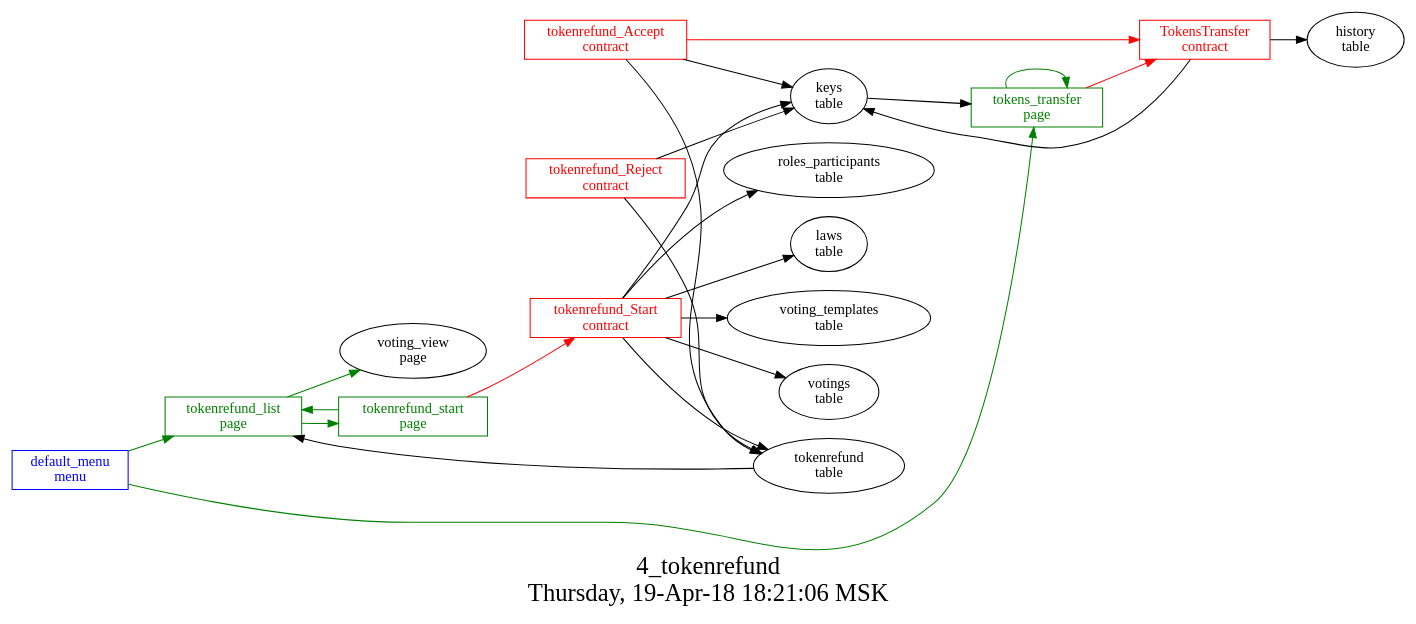
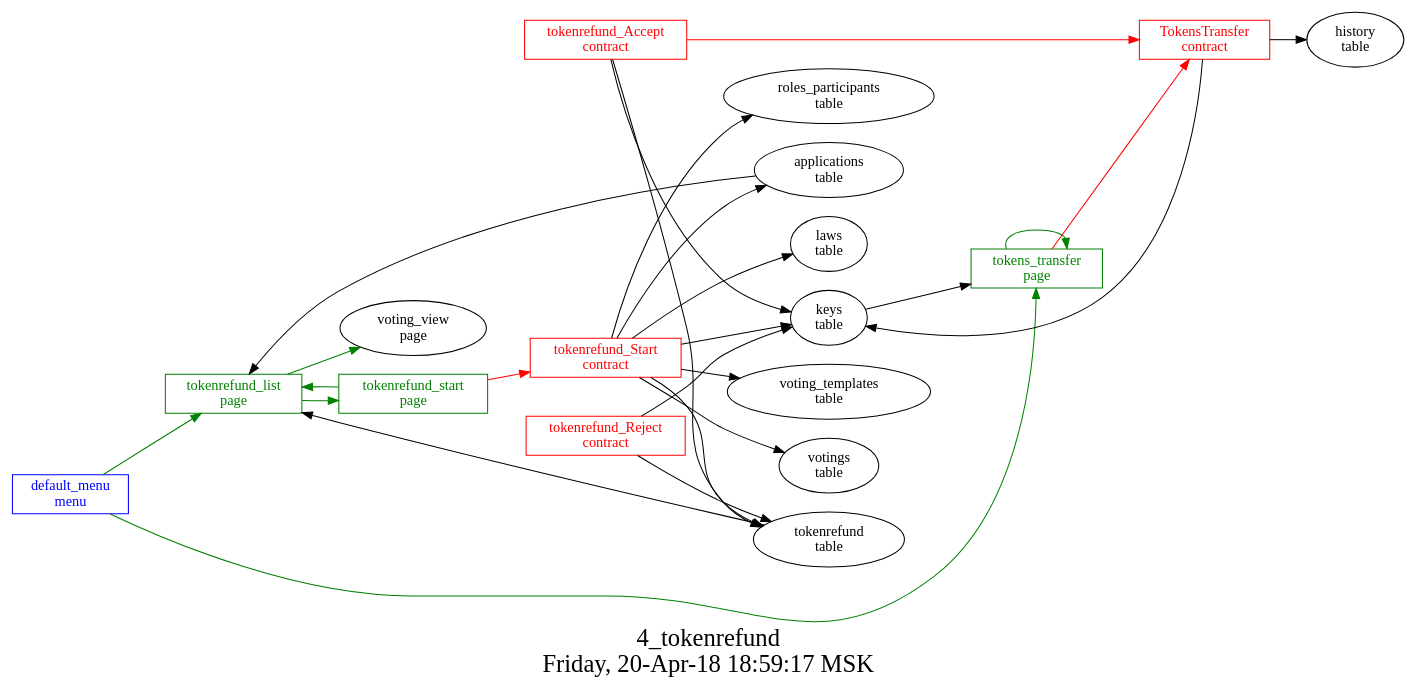
The diagram in src/basic/4_tokenrefund/struct.dot (AplaProject/apps), drawn with Graphviz before and after one commit. The commit also changed 53 other files, not shown here.

```diff
--- a/src/basic/4_tokenrefund/struct.dot
+++ b/src/basic/4_tokenrefund/struct.dot
@@ -1,43 +1,45 @@
 digraph G {
 graph [
   fontsize="24";
-  label="4_tokenrefund\nThursday, 19-Apr-18 18:21:06 MSK";
+  label="4_tokenrefund\nFriday, 20-Apr-18 18:59:17 MSK";
   nojustify=true;
   ordering=out;
   rankdir=LR;
   size="30";
 ];
 "default_menu\nmenu" -> "tokenrefund_list\npage"  [ color=green ]
 "default_menu\nmenu" -> "tokens_transfer\npage"  [ color=green ]
 "default_menu\nmenu" [color=blue, fontcolor=blue, group=menus, shape=record];
+"applications\ntable" -> "tokenrefund_list\npage"  [ color="" ]
 "tokenrefund\ntable" -> "tokenrefund_list\npage"  [ color="" ]
 "tokenrefund_list\npage" -> "voting_view\npage"  [ color=green ]
 "tokenrefund_list\npage" -> "tokenrefund_start\npage"  [ color=green ]
 "tokenrefund_list\npage" [color=green, fontcolor=green, group=pages, shape=record];
 "tokenrefund_start\npage" -> "tokenrefund_Start\ncontract"  [ color=red ]
 "tokenrefund_start\npage" -> "tokenrefund_list\npage"  [ color=green ]
 "tokenrefund_start\npage" [color=green, fontcolor=green, group=pages, shape=record];
 "tokens_transfer\npage" -> "TokensTransfer\ncontract"  [ color=red ]
 "keys\ntable" -> "tokens_transfer\npage"  [ color="" ]
 "tokens_transfer\npage" -> "tokens_transfer\npage"  [ color=green ]
 "tokens_transfer\npage" [color=green, fontcolor=green, group=pages, shape=record];
 "TokensTransfer\ncontract" -> "keys\ntable"  [ color="" ]
 "TokensTransfer\ncontract" -> "history\ntable"  [ color="" ]
 "TokensTransfer\ncontract" [color=red, fontcolor=red, group=contracts, shape=record];
 "tokenrefund_Accept\ncontract" -> "TokensTransfer\ncontract"  [ color=red ]
 "tokenrefund_Accept\ncontract" -> "keys\ntable"  [ color="" ]
 "tokenrefund_Accept\ncontract" -> "tokenrefund\ntable"  [ color="" ]
 "tokenrefund_Accept\ncontract" [color=red, fontcolor=red, group=contracts, shape=record];
 "tokenrefund_Reject\ncontract" -> "keys\ntable"  [ color="" ]
 "tokenrefund_Reject\ncontract" -> "tokenrefund\ntable"  [ color="" ]
 "tokenrefund_Reject\ncontract" [color=red, fontcolor=red, group=contracts, shape=record];
 "tokenrefund_Start\ncontract" -> "keys\ntable"  [ color="" ]
 "tokenrefund_Start\ncontract" -> "roles_participants\ntable"  [ color="" ]
+"tokenrefund_Start\ncontract" -> "applications\ntable"  [ color="" ]
 "tokenrefund_Start\ncontract" -> "laws\ntable"  [ color="" ]
 "tokenrefund_Start\ncontract" -> "voting_templates\ntable"  [ color="" ]
 "tokenrefund_Start\ncontract" -> "votings\ntable"  [ color="" ]
 "tokenrefund_Start\ncontract" -> "tokenrefund\ntable"  [ color="" ]
 "tokenrefund_Start\ncontract" [color=red, fontcolor=red, group=contracts, shape=record];
 "laws\ntable" [color="", fontcolor="", group=tables, shape=""];
 "tokenrefund\ntable" [color="", fontcolor="", group=tables, shape=""];
 }
```
